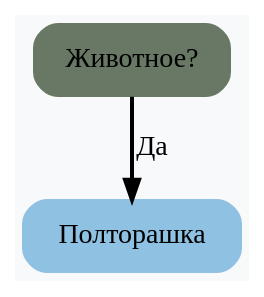
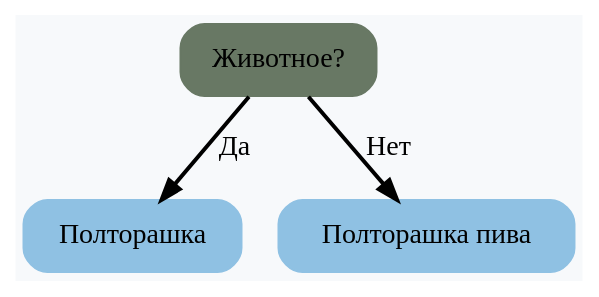
The diagram in DumpAkinator.dot (RTCupid/Akinator), drawn with Graphviz before and after one commit. The commit also changed 5 other files, not shown here.

```diff
--- a/DumpAkinator.dot
+++ b/DumpAkinator.dot
@@ -1,7 +1,9 @@
 digraph G {
 	rankdir = HR;
 	bgcolor="#F7F9FB"
 	 node0x503000000040 [shape=Mrecord; style=filled; color="#687864"; label =  "Животное? " ];
 	 node0x503000000040 -> node0x5030000000a0 [label="Да"; style=bold; weight=1000; ];
+	 node0x503000000040 -> node0x503000000100 [label="Нет"; style=bold; weight=1000; ];
 	 node0x5030000000a0 [shape=Mrecord; style=filled; color="#8FC1E3"; label =  "Полторашка " ];
+	 node0x503000000100 [shape=Mrecord; style=filled; color="#8FC1E3"; label =  "Полторашка пива " ];
 }
```
